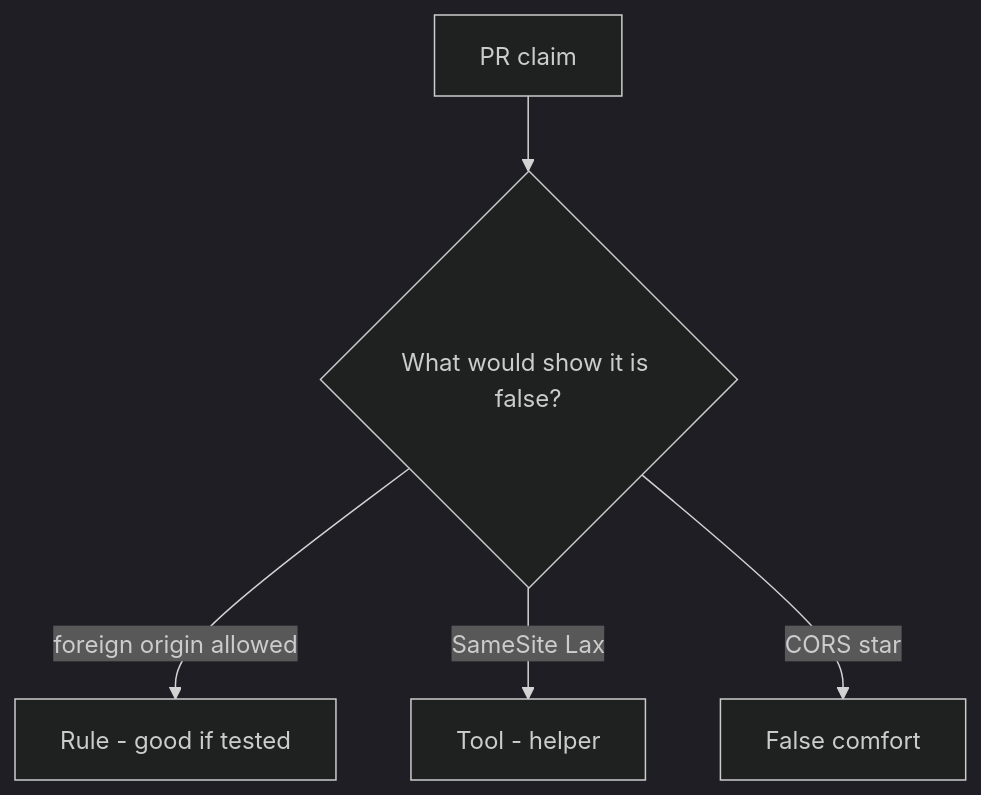
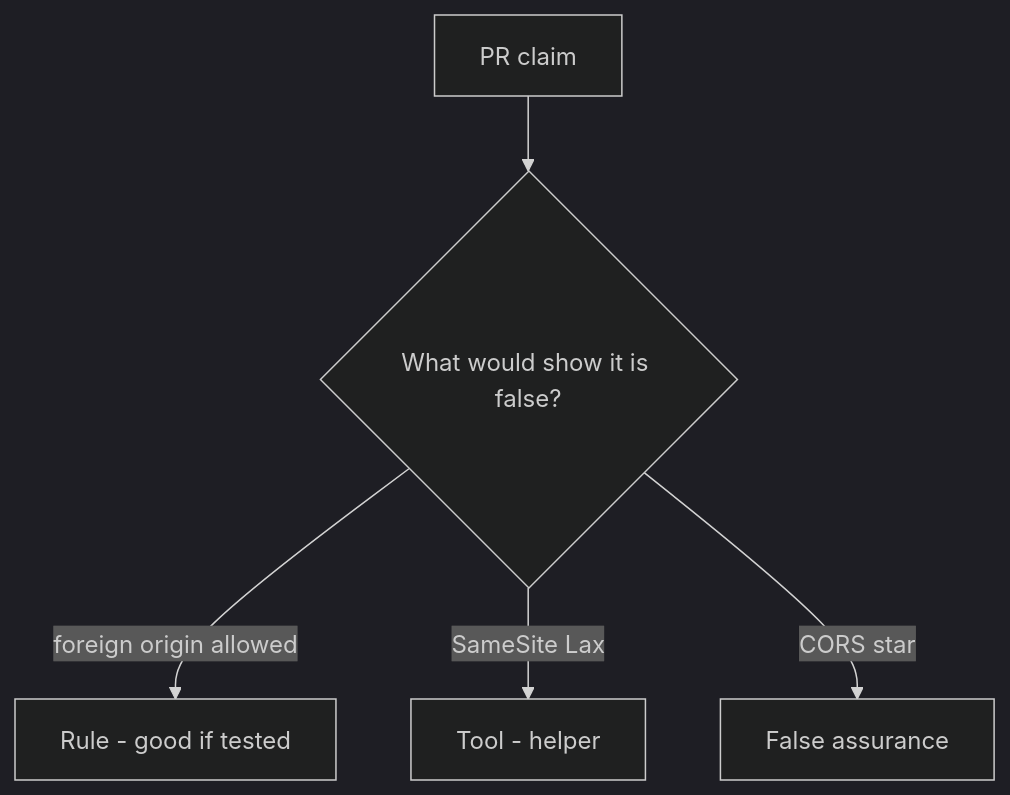
One commit to ishitvagoel/LearnSecurity changed the diagram in content/modules/6/6.3/lessons/08-review.md. Above: the diagram before and after it, drawn with Mermaid (dark theme). The commit also changed other lines of this file and 240 other files, not shown here.

````diff
--- a/content/modules/6/6.3/lessons/08-review.md
+++ b/content/modules/6/6.3/lessons/08-review.md
@@ -18,7 +18,7 @@
 ```mermaid
 flowchart TD
   Claim[PR claim] --> Q{"What would show it is false?"}
   Q -->|"foreign origin allowed"| Property["Rule - good if tested"]
   Q -->|"SameSite Lax"| Mechanism[Tool - helper]
-  Q -->|"CORS star"| False[False comfort]
+  Q -->|"CORS star"| False[False assurance]
 ```
````
